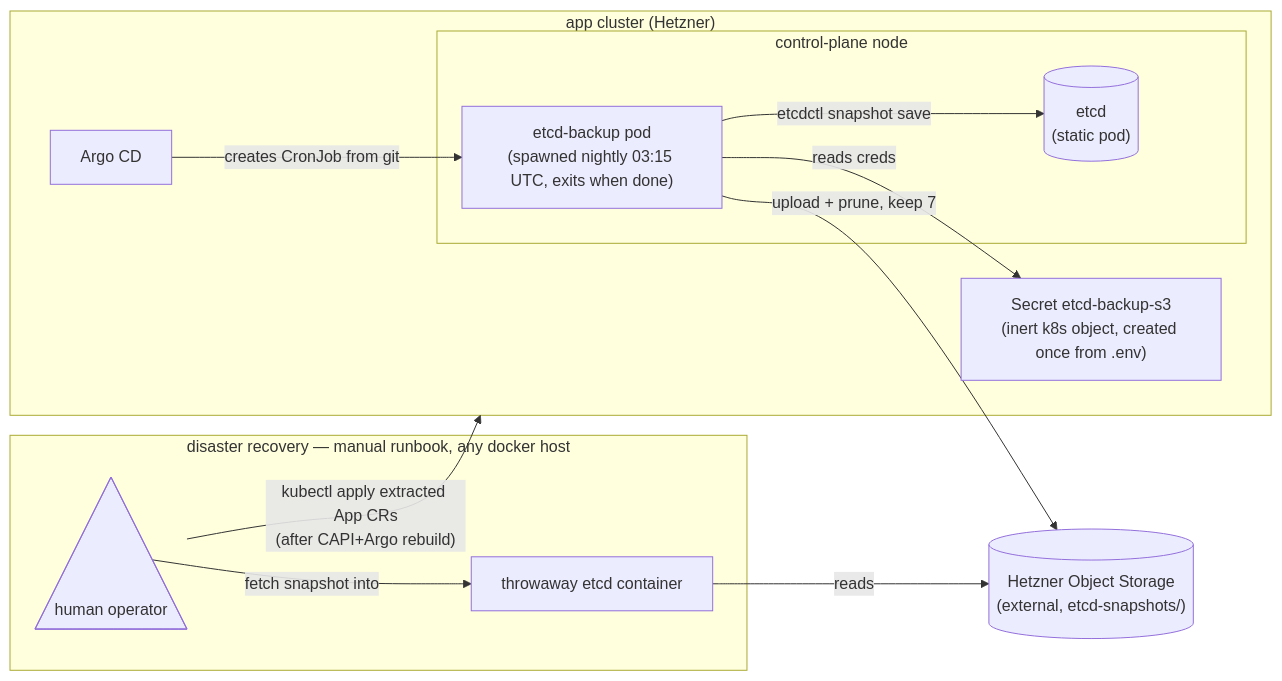
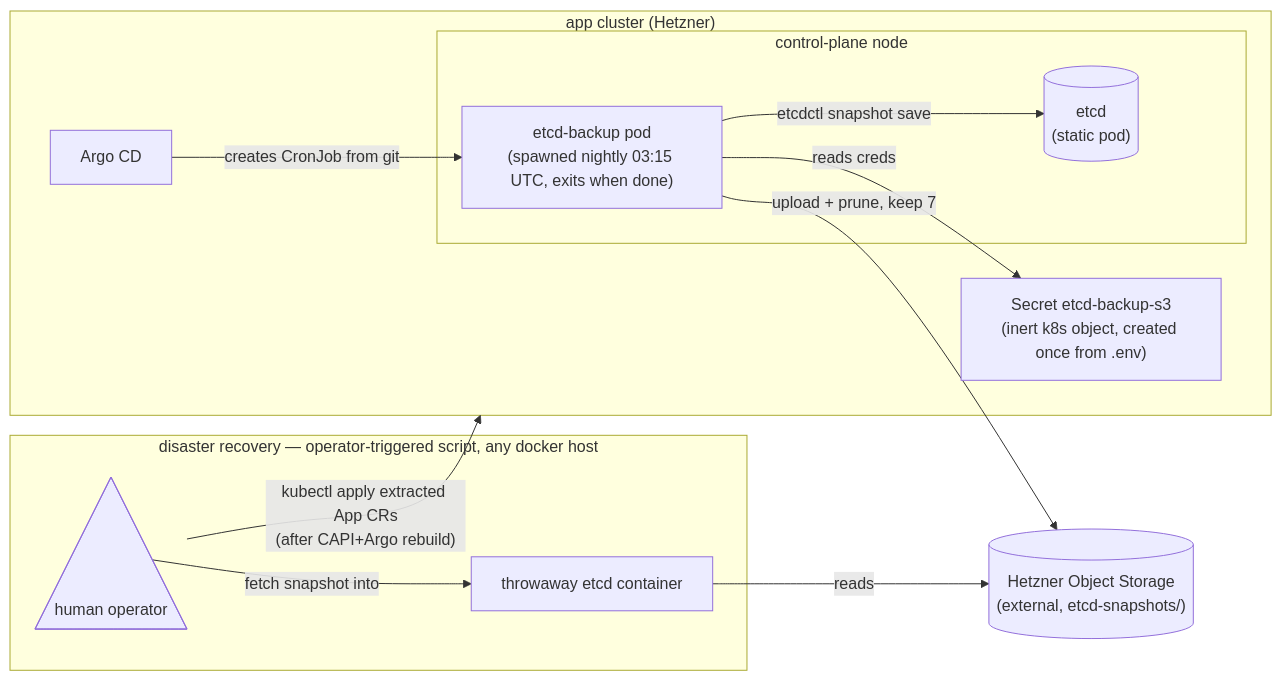
The diagram in docs/ADR011-etcd-backup-restore.md (cuckoo-network/cuckoo), drawn with Mermaid before and after one commit. The commit also changed other lines of this file and 19 other files, not shown here.

````diff
--- a/docs/ADR011-etcd-backup-restore.md
+++ b/docs/ADR011-etcd-backup-restore.md
@@ -7,24 +7,24 @@
 ```mermaid
 graph LR
   subgraph cluster["app cluster (Hetzner)"]
     argo[Argo CD]
     secret["Secret etcd-backup-s3<br/>(inert k8s object, created once from .env)"]
     subgraph "control-plane node"
       cron["etcd-backup pod<br/>(spawned nightly 03:15 UTC, exits when done)"]
       etcd[("etcd<br/>(static pod)")]
     end
   end
   argo -->|creates CronJob from git| cron
   cron -->|etcdctl snapshot save| etcd
   cron -->|reads creds| secret
   cron -->|upload + prune, keep 7| bucket
   bucket[("Hetzner Object Storage<br/>(external, etcd-snapshots/)")]
 
-  subgraph "disaster recovery — manual runbook, any docker host"
+  subgraph "disaster recovery — operator-triggered script, any docker host"
     op@{ shape: tri, label: "human operator" }
     tmp["throwaway etcd container"]
   end
   op -->|fetch snapshot into| tmp
   tmp -->|reads| bucket
   op -->|"kubectl apply extracted App CRs<br/>(after CAPI+Argo rebuild)"| cluster
 ```
````
